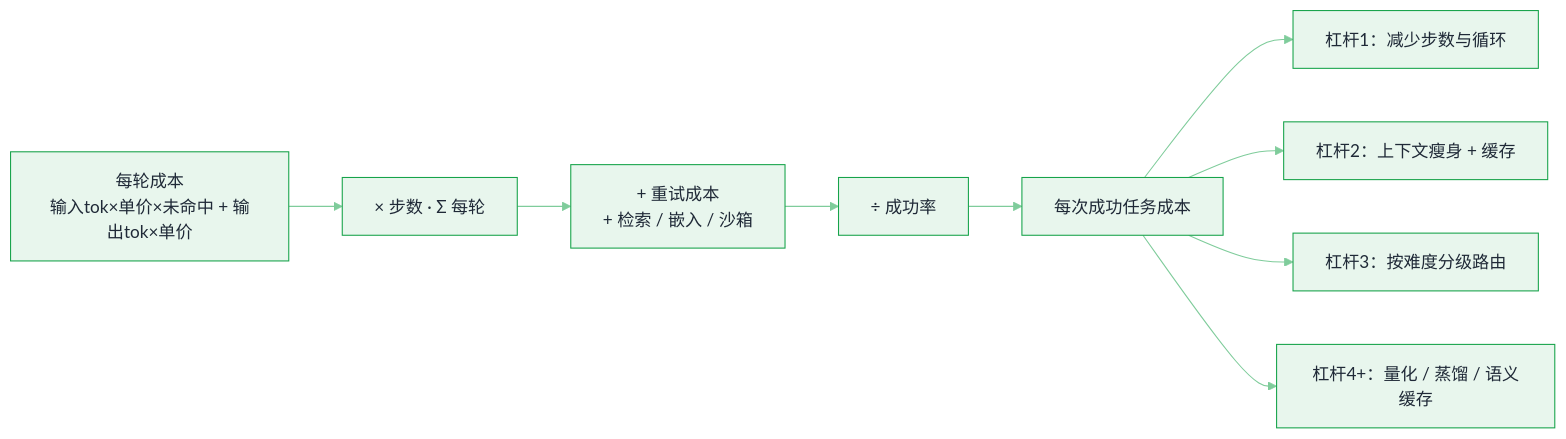
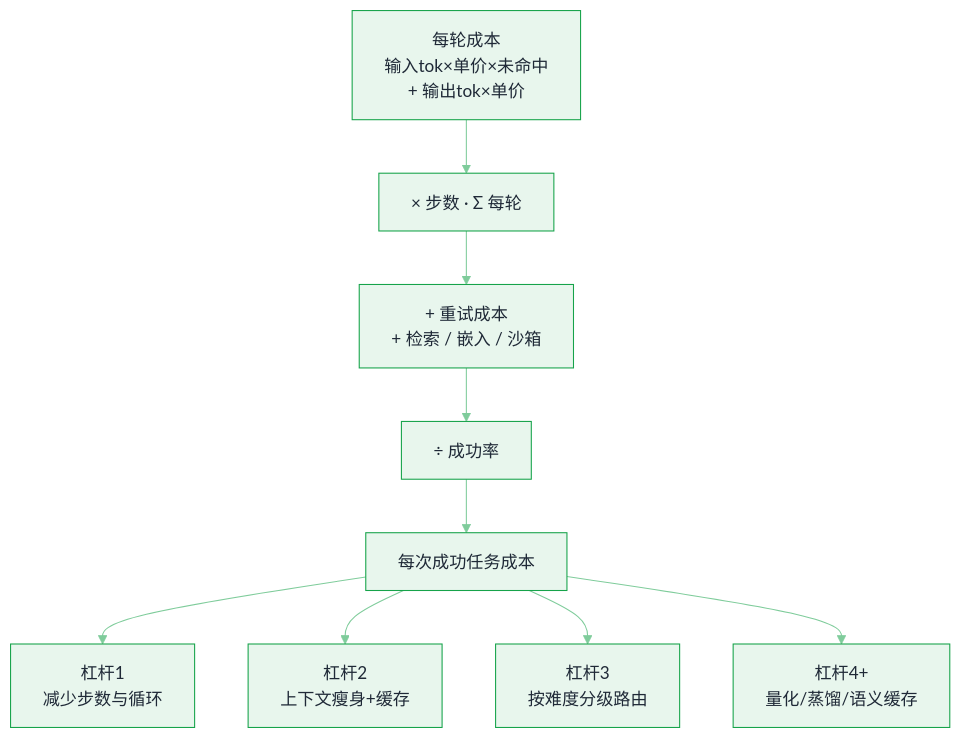
The diagram in docs/16-ai-infrastructure/inference-economics-deployment.md (funny8kids/ai-agent-handbook), drawn with Mermaid before and after one commit. The commit also changed other lines of this file and 45 other files, not shown here.

First line of the commit message:
Thicken 12 thin pages, clear 25 over-width diagrams, re-proportion 10 thin-ribbon diagrams

````diff
--- a/docs/16-ai-infrastructure/inference-economics-deployment.md
+++ b/docs/16-ai-infrastructure/inference-economics-deployment.md
@@ -59,12 +59,12 @@
 ```mermaid
 %%{init: {"theme":"base","themeVariables":{"primaryColor":"#E8F6ED","primaryBorderColor":"#16A34A","primaryTextColor":"#1F2937","secondaryColor":"#CCEBD7","tertiaryColor":"#F6FBF8","lineColor":"#7FCC9B","actorBkg":"#ECF8F1","actorBorder":"#16A34A","actorTextColor":"#1F2937","signalColor":"#5CBF80","noteBkgColor":"#D5EEDE","noteBorderColor":"#16A34A","noteTextColor":"#1F2937","labelBoxBkgColor":"#E8F6ED","labelBoxBorderColor":"#16A34A"}}}%%
-flowchart LR
-  TURN[每轮成本<br/>输入tok×单价×未命中 + 输出tok×单价] --> STEPS[× 步数 · Σ 每轮]
+flowchart TB
+  TURN[每轮成本<br/>输入tok×单价×未命中<br/>+ 输出tok×单价] --> STEPS[× 步数 · Σ 每轮]
   STEPS --> ADD[+ 重试成本<br/>+ 检索 / 嵌入 / 沙箱]
   ADD --> DIV[÷ 成功率]
   DIV --> COST[每次成功任务成本]
-  COST --> L1[杠杆1：减少步数与循环]
-  COST --> L2[杠杆2：上下文瘦身 + 缓存]
-  COST --> L3[杠杆3：按难度分级路由]
-  COST --> L4[杠杆4+：量化 / 蒸馏 / 语义缓存]
+  COST --> L1[杠杆1<br/>减少步数与循环]
+  COST --> L2[杠杆2<br/>上下文瘦身+缓存]
+  COST --> L3[杠杆3<br/>按难度分级路由]
+  COST --> L4[杠杆4+<br/>量化/蒸馏/语义缓存]
 ```
````
